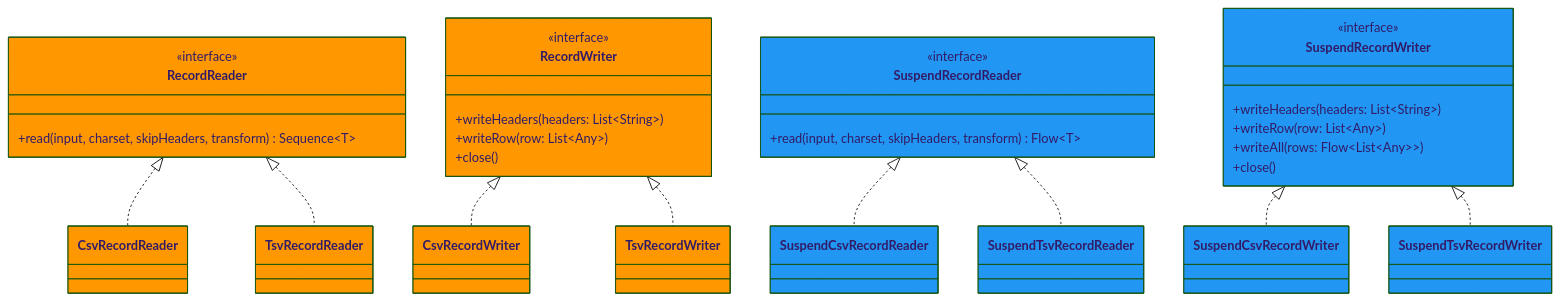
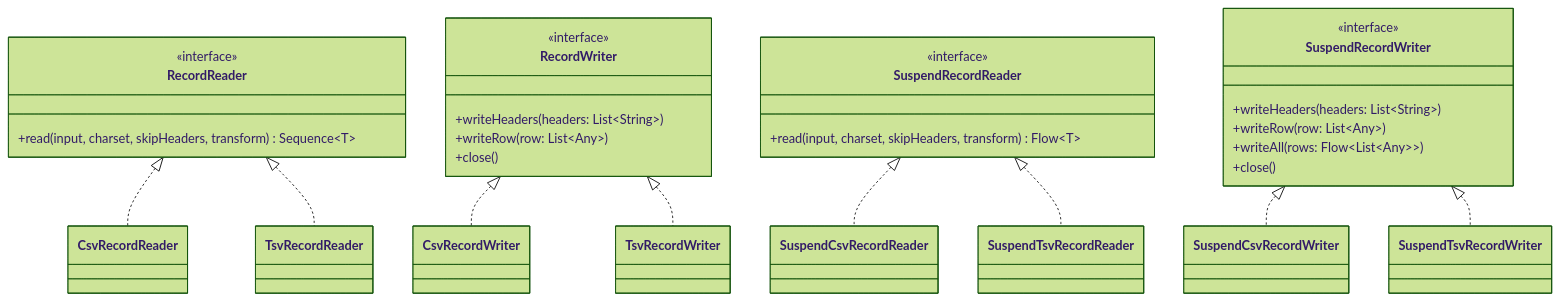
One commit to bluetape4k/bluetape4k-projects changed the first of 2 diagrams in io/csv/README.md. Above: the diagram before and after it, drawn with Mermaid (forest theme). The commit also changed other lines of this file and 95 other files, not shown here.

First line of the commit message:
docs: Mermaid 파서 오류 전체 수정 (IntelliJ IDEA 호환)

````diff
--- a/io/csv/README.md
+++ b/io/csv/README.md
@@ -155,48 +155,38 @@
 ```mermaid
 classDiagram
-    class RecordReader:::codecStyle {
+    class RecordReader {
         <<interface>>
         +read(input, charset, skipHeaders, transform) Sequence~T~
     }
 
-    class RecordWriter:::codecStyle {
+    class RecordWriter {
         <<interface>>
         +writeHeaders(headers: List~String~)
         +writeRow(row: List~Any~)
         +close()
     }
 
-    class SuspendRecordReader:::clientStyle {
+    class SuspendRecordReader {
         <<interface>>
         +read(input, charset, skipHeaders, transform) Flow~T~
     }
 
-    class SuspendRecordWriter:::clientStyle {
+    class SuspendRecordWriter {
         <<interface>>
         +writeHeaders(headers: List~String~)
         +writeRow(row: List~Any~)
         +writeAll(rows: Flow~List~Any~~)
         +close()
     }
 
-    class CsvRecordReader:::codecStyle
-    class TsvRecordReader:::codecStyle
-    class CsvRecordWriter:::codecStyle
-    class TsvRecordWriter:::codecStyle
-    class SuspendCsvRecordReader:::clientStyle
-    class SuspendTsvRecordReader:::clientStyle
-    class SuspendCsvRecordWriter:::clientStyle
-    class SuspendTsvRecordWriter:::clientStyle
 
     RecordReader <|.. CsvRecordReader
     RecordReader <|.. TsvRecordReader
     RecordWriter <|.. CsvRecordWriter
     RecordWriter <|.. TsvRecordWriter
     SuspendRecordReader <|.. SuspendCsvRecordReader
     SuspendRecordReader <|.. SuspendTsvRecordReader
     SuspendRecordWriter <|.. SuspendCsvRecordWriter
     SuspendRecordWriter <|.. SuspendTsvRecordWriter
 
-    classDef clientStyle fill:#2196F3
-    classDef codecStyle  fill:#FF9800
 ```
````
